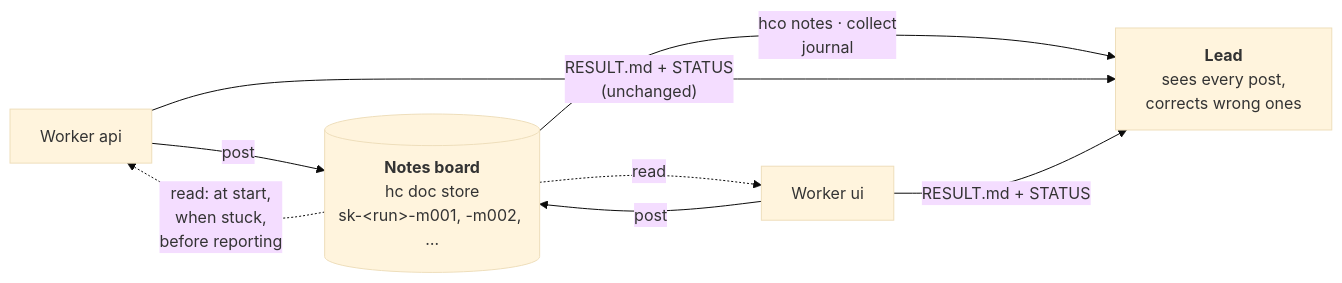
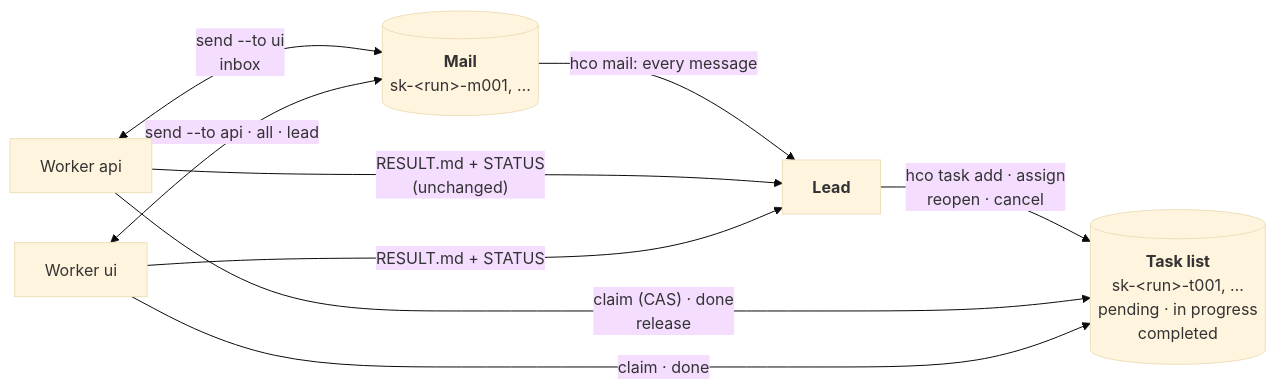
One commit to pratiksridhar/hc-orchestrate changed the sixth of 10 diagrams in README.md. Above: the diagram before and after it, drawn with Mermaid (base theme). The commit also changed other lines of this file and 9 other files, not shown here.

First line of the commit message:
hco: team mode with a shared task list and mail (init --team)

````diff
--- a/README.md
+++ b/README.md
@@ -168,11 +167,12 @@
 ```mermaid
 flowchart LR
-    w1["Worker api"] -->|"post"| board
-    w2["Worker ui"] -->|"post"| board
-    board[("<b>Notes board</b><br/>hc doc store<br/>sk-&lt;run&gt;-m001, -m002, …")]
-    board -.->|"read: at start,<br/>when stuck,<br/>before reporting"| w1
-    board -.->|"read"| w2
-    board -->|"hco notes · collect<br/>journal"| lead["<b>Lead</b><br/>sees every post,<br/>corrects wrong ones"]
+    lead["<b>Lead</b>"] -->|"hco task add · assign<br/>reopen · cancel"| tasks
+    tasks[("<b>Task list</b><br/>sk-&lt;run&gt;-t001, …<br/>pending · in progress<br/>completed")]
+    w1["Worker api"] -->|"claim (CAS) · done<br/>release"| tasks
+    w2["Worker ui"] -->|"claim · done"| tasks
+    w1 <-->|"send --to ui<br/>inbox"| mailbox[("<b>Mail</b><br/>sk-&lt;run&gt;-m001, …")]
+    w2 <-->|"send --to api · all · lead"| mailbox
+    mailbox -->|"hco mail: every message"| lead
     w1 -->|"RESULT.md + STATUS<br/>(unchanged)"| lead
     w2 -->|"RESULT.md + STATUS"| lead
 ```
````
